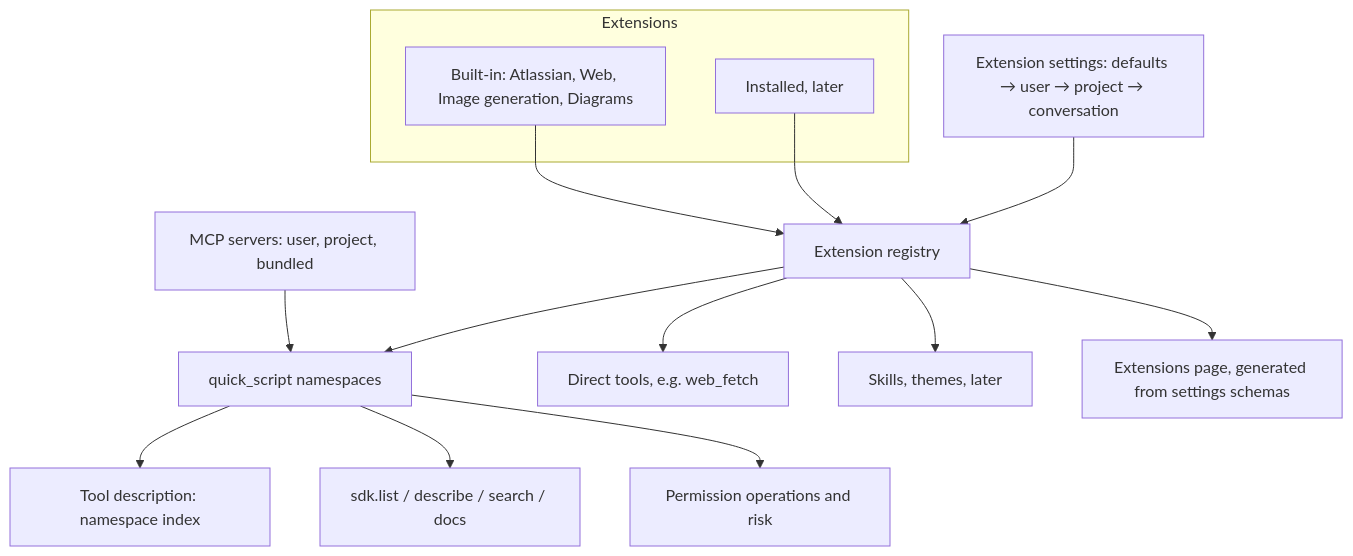
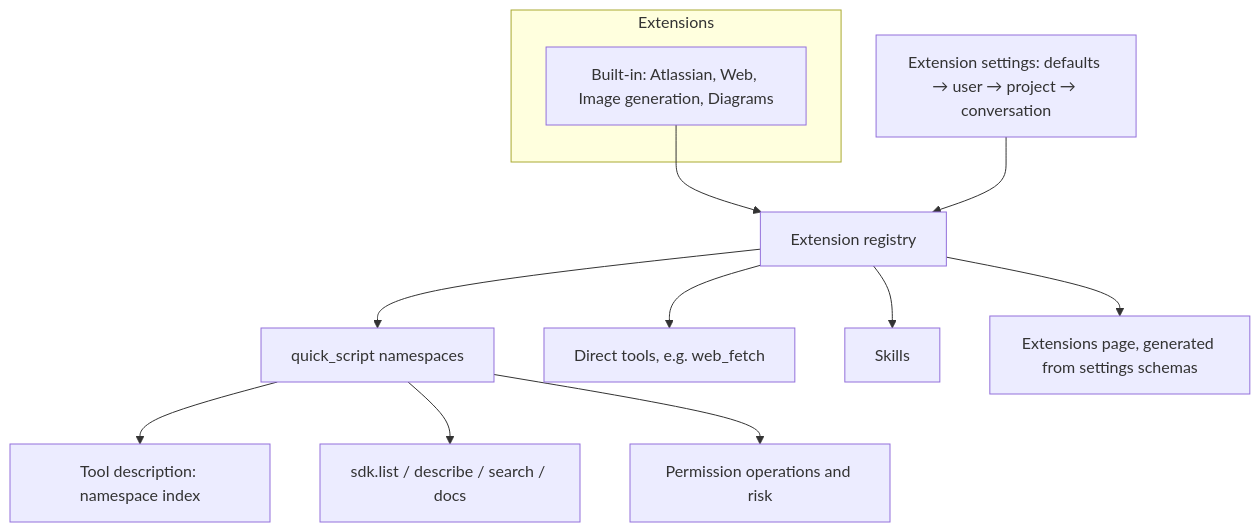
One commit to ThilinaTLM/nerve changed the diagram in docs/proposals/extensions/README.md. Above: the diagram before and after it, drawn with Mermaid. The commit also changed other lines of this file and 7 other files, not shown here.

````diff
--- a/docs/proposals/extensions/README.md
+++ b/docs/proposals/extensions/README.md
@@ -50,17 +51,15 @@
 ```mermaid
 flowchart TD
   subgraph Extensions
     B[Built-in: Atlassian, Web, Image generation, Diagrams]
-    I[Installed, later]
   end
-  B & I --> REG[Extension registry]
-  M[MCP servers: user, project, bundled] --> QS
+  B --> REG[Extension registry]
   SET[Extension settings: defaults → user → project → conversation] --> REG
   REG --> QS[quick_script namespaces]
   REG --> T[Direct tools, e.g. web_fetch]
-  REG --> SK[Skills, themes, later]
+  REG --> SK[Skills]
   QS --> DESC[Tool description: namespace index]
   QS --> DISC["sdk.list / describe / search / docs"]
   QS --> POL[Permission operations and risk]
   REG --> UI[Extensions page, generated from settings schemas]
 ```
````
